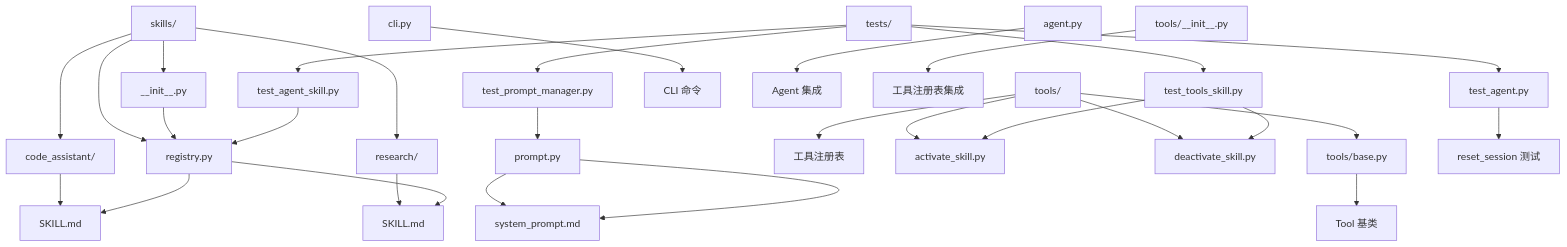
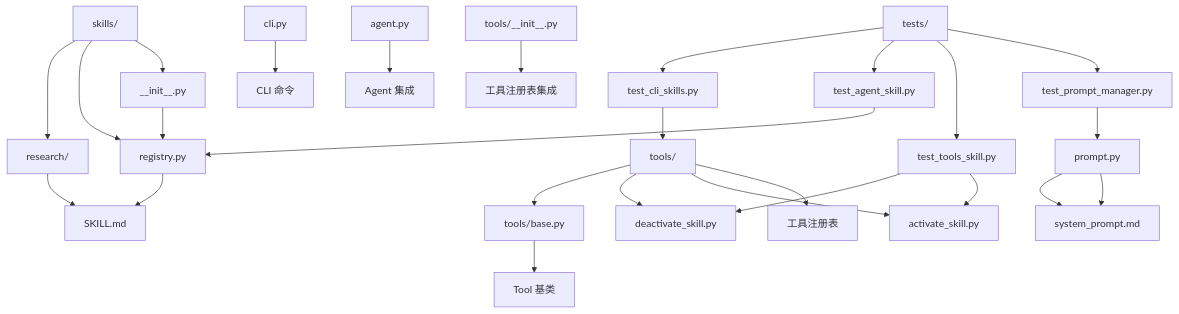
One commit to 250shiwo/MySmallAgent changed the first of 11 diagrams in .qoder/repowiki/zh/content/核心模块详解/技能系统.md. Above: the diagram before and after it, drawn with Mermaid. The commit also changed other lines of this file and 28 other files, not shown here.

````diff
--- a/.qoder/repowiki/zh/content/核心模块详解/技能系统.md
+++ b/.qoder/repowiki/zh/content/核心模块详解/技能系统.md
@@ -69,31 +66,28 @@
 ```mermaid
 graph TD
 A[skills/] --> B[__init__.py]
 A --> C[registry.py]
-A --> D[code_assistant/]
-A --> E[research/]
-D --> F[SKILL.md]
-E --> G[SKILL.md]
-H[prompt.py] --> I[system_prompt.md]
-J[tools/] --> K[工具注册表]
-J --> L[activate_skill.py]
-J --> M[deactivate_skill.py]
-N[tools/base.py] --> O[Tool 基类]
-P[tests/] --> Q[test_prompt_manager.py]
-P --> R[test_tools_skill.py]
-P --> S[test_agent_skill.py]
-P --> T[test_agent.py]
+A --> D[research/]
+D --> E[SKILL.md]
+F[prompt.py] --> G[system_prompt.md]
+H[tools/] --> I[工具注册表]
+H --> J[activate_skill.py]
+H --> K[deactivate_skill.py]
+L[tools/base.py] --> M[Tool 基类]
+N[tests/] --> O[test_prompt_manager.py]
+N --> P[test_tools_skill.py]
+N --> Q[test_agent_skill.py]
+N --> R[test_cli_skills.py]
 B --> C
-C --> F
-C --> G
-H --> I
-J --> N
-Q --> H
-R --> L
-R --> M
-S --> C
-T --> U[reset_session 测试]
-V[cli.py] --> W[CLI 命令]
-X[agent.py] --> Y[Agent 集成]
-Z[tools/__init__.py] --> AA[工具注册表集成]
+C --> E
+F --> G
+H --> L
+O --> F
+P --> J
+P --> K
+Q --> C
+R --> H
+S[cli.py] --> T[CLI 命令]
+U[agent.py] --> V[Agent 集成]
+W[tools/__init__.py] --> X[工具注册表集成]
 ```
````
